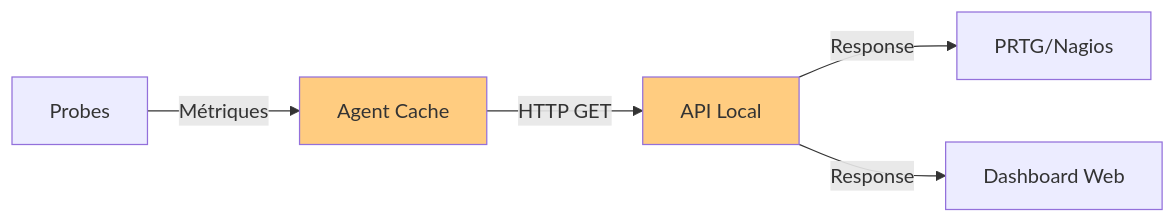
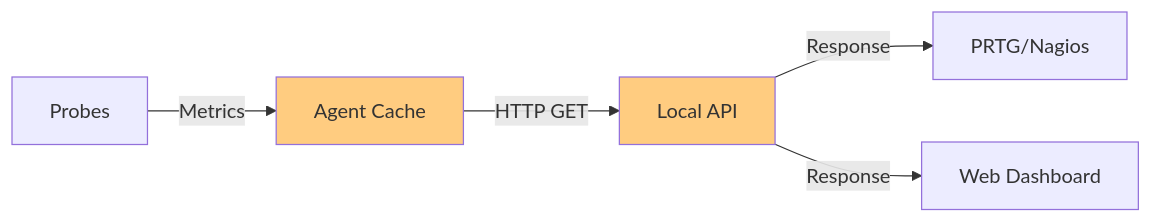
The ninth of 13 diagrams in docs/user-guide/OPERATING-MODES.md (senhub-io/senhub-agent), drawn with Mermaid before and after one commit. The commit also changed other lines of this file and 1 other file, not shown here.

````diff
--- a/docs/user-guide/OPERATING-MODES.md
+++ b/docs/user-guide/OPERATING-MODES.md
@@ -473,10 +473,10 @@
 ```mermaid
 graph LR
-    A[Probes] -->|Métriques| B[Agent Cache]
-    B -->|HTTP GET| C[API Local]
+    A[Probes] -->|Metrics| B[Agent Cache]
+    B -->|HTTP GET| C[Local API]
     C -->|Response| D[PRTG/Nagios]
-    C -->|Response| E[Dashboard Web]
+    C -->|Response| E[Web Dashboard]
 
     style B fill:#ffcc80
     style C fill:#ffcc80
 ```
````
